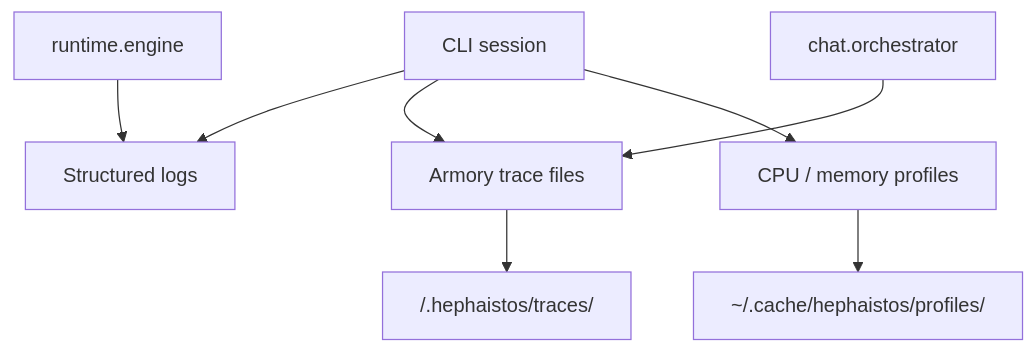
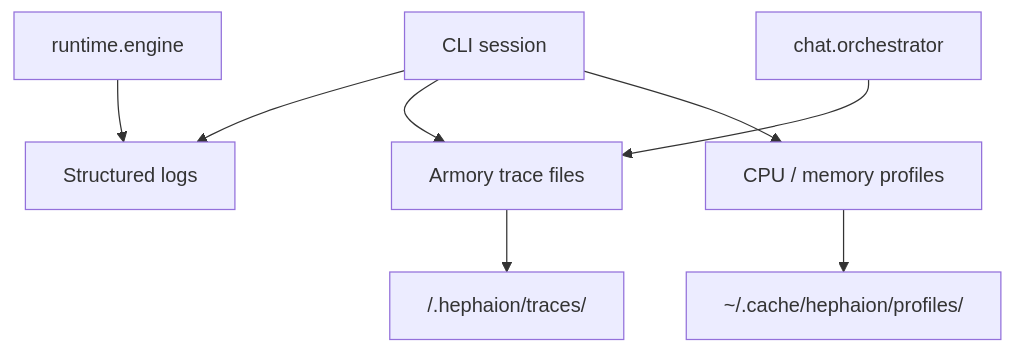
Before and after one commit to gildrb/heph: the second of 2 diagrams in docs/architecture.md, drawn with Mermaid. The commit also changed other lines of this file and 430 other files, not shown here.

````diff
--- a/docs/architecture.md
+++ b/docs/architecture.md
@@ -213,12 +213,12 @@
 ```mermaid
 graph TD
     CLI[CLI session] --> Logs[Structured logs]
     CLI --> Traces[Armory trace files]
     CLI --> Profiles[CPU / memory profiles]
 
     Engine[runtime.engine] --> Logs
     Orchestrator[chat.orchestrator] --> Traces
 
-    Traces --> Armory[<armory>/.hephaistos/traces/]
-    Profiles --> Cache[~/.cache/hephaistos/profiles/]
+    Traces --> Armory[<armory>/.hephaion/traces/]
+    Profiles --> Cache[~/.cache/hephaion/profiles/]
 ```
````
